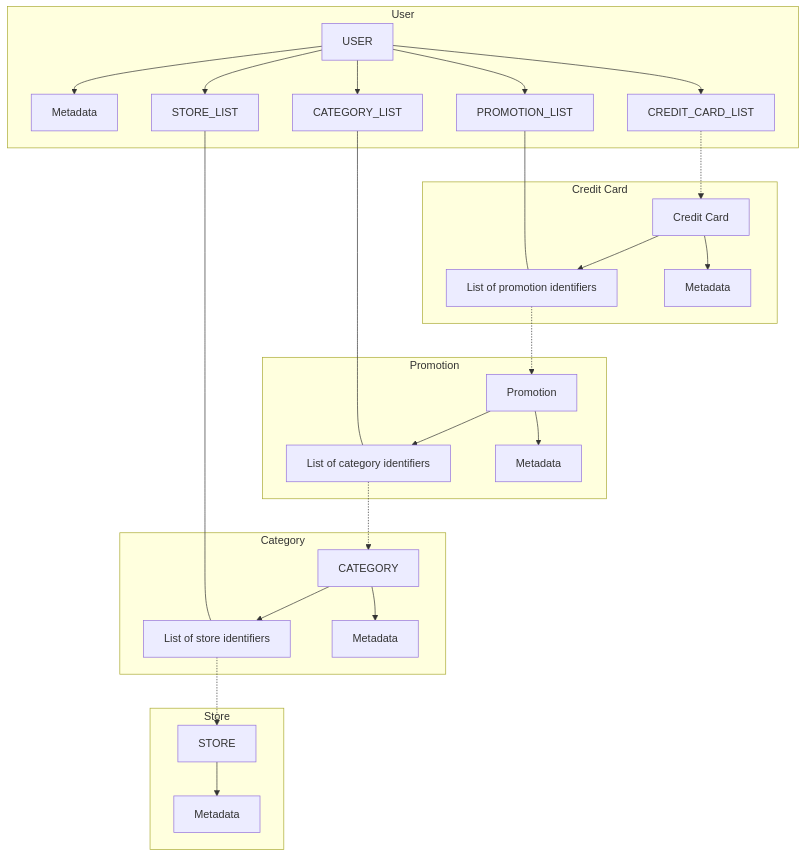
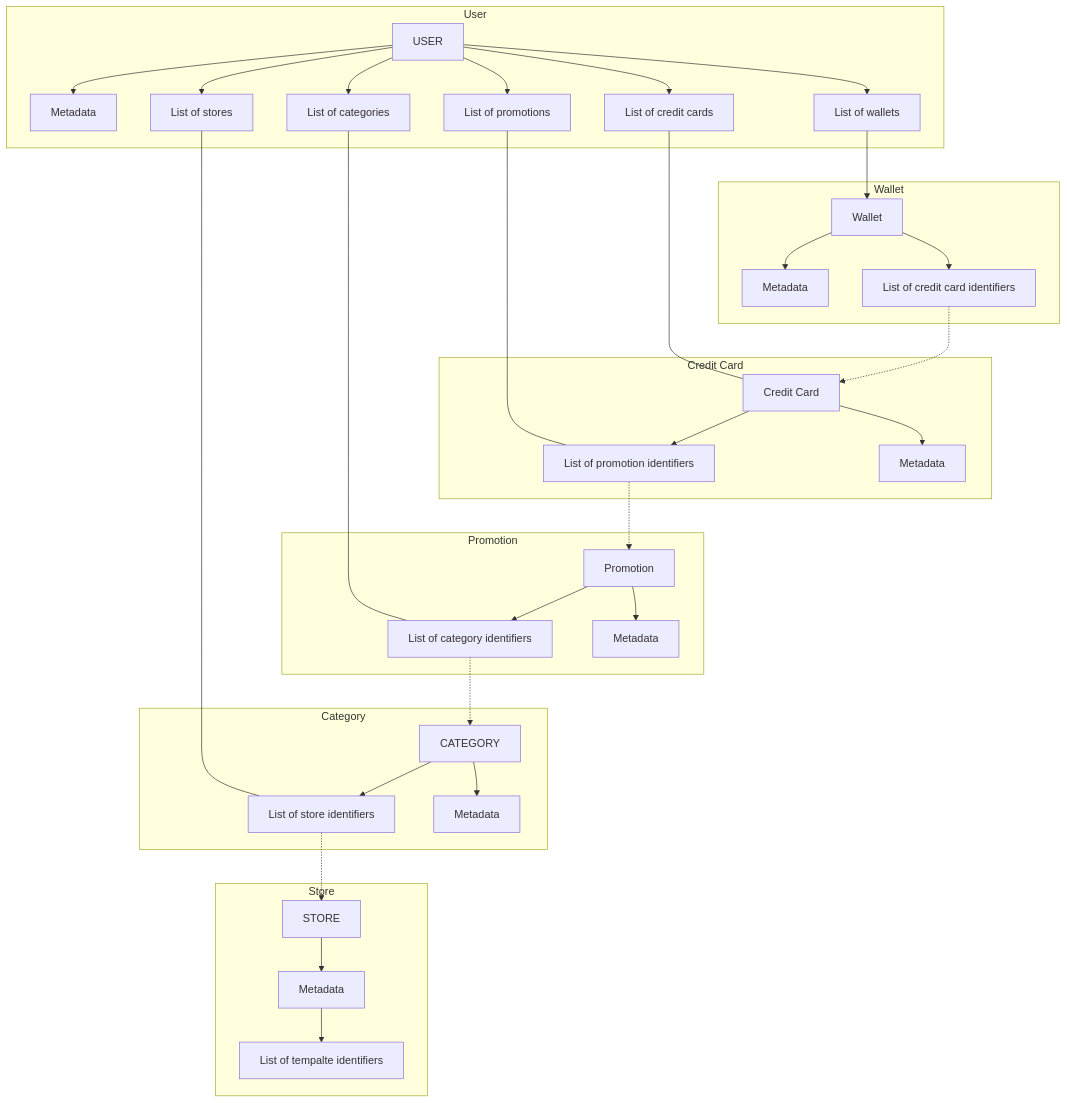
One commit to tianhaoz95/credit-card-optimizer changed the diagram in docs/design-docs/common-concept.md. Above: the diagram before and after it, drawn with Mermaid.

Commit message:
docs: add more details (#5)

````diff
--- a/docs/design-docs/common-concept.md
+++ b/docs/design-docs/common-concept.md
@@ -11,32 +11,50 @@
 ```mermaid
 graph TD
     subgraph USER_GROUP[User]
-    USER --> USER_METADATA[Metadata]
-    USER --> CREDIT_CARD_LIST
-    USER --> PROMOTION_LIST
-    USER --> CATEGORY_LIST
-    USER --> STORE_LIST
+      USER --> USER_METADATA[Metadata]
+      USER --> WALLET_LIST[List of wallets]
+      USER --> CREDIT_CARD_LIST[List of credit cards]
+      USER --> PROMOTION_LIST[List of promotions]
+      USER --> CATEGORY_LIST[List of categories]
+      USER --> STORE_LIST[List of stores]
     end
+
+    WALLET_LIST --> WALLET[Wallet]
     PROMOTION_LIST --- PROMOTION_ID_LIST
     CATEGORY_LIST --- CATEGORY_ID_LIST
     STORE_LIST --- STORE_ID_LIST
-    CREDIT_CARD_LIST -.-> CREDIT_CARD[Credit Card]
+    CREDIT_CARD_LIST --- CREDIT_CARD[Credit Card]
+
+    subgraph WALLET_GROUP[Wallet]
+      WALLET --> WALLET_METADATA[Metadata]
+      WALLET --> CREDIT_CARD_ID_LIST[List of credit card identifiers]
+    end
+
+    CREDIT_CARD_ID_LIST -.-> CREDIT_CARD
+
     subgraph CREDIT_CARD_GROUP[Credit Card]
-    CREDIT_CARD --> CREDIT_CARD_METADATA[Metadata]
-    CREDIT_CARD --> PROMOTION_ID_LIST[List of promotion identifiers]
+      CREDIT_CARD --> CREDIT_CARD_METADATA[Metadata]
+      CREDIT_CARD --> PROMOTION_ID_LIST[List of promotion identifiers]
     end
+
     PROMOTION_ID_LIST -.-> PROMOTION[Promotion]
+
     subgraph PROMOTION_GROUP[Promotion]
-    PROMOTION --> PROMOTION_METADATA[Metadata]
-    PROMOTION --> CATEGORY_ID_LIST[List of category identifiers]
+      PROMOTION --> PROMOTION_METADATA[Metadata]
+      PROMOTION --> CATEGORY_ID_LIST[List of category identifiers]
     end
+
     CATEGORY_ID_LIST -.-> CATEGORY
+
     subgraph CATEGORY_GROUP[Category]
-    CATEGORY --> STORE_ID_LIST[List of store identifiers]
-    CATEGORY --> CATEGORY_METADATA[Metadata]
+      CATEGORY --> STORE_ID_LIST[List of store identifiers]
+      CATEGORY --> CATEGORY_METADATA[Metadata]
     end
+
     STORE_ID_LIST -.-> STORE
+
     subgraph STORE_GROUP[Store]
-    STORE --> STORE_METADATA[Metadata]
+      STORE --> STORE_METADATA[Metadata]
+      STORE_METADATA --> TEMPLATE_IDS[List of tempalte identifiers]
     end
 ```
````
